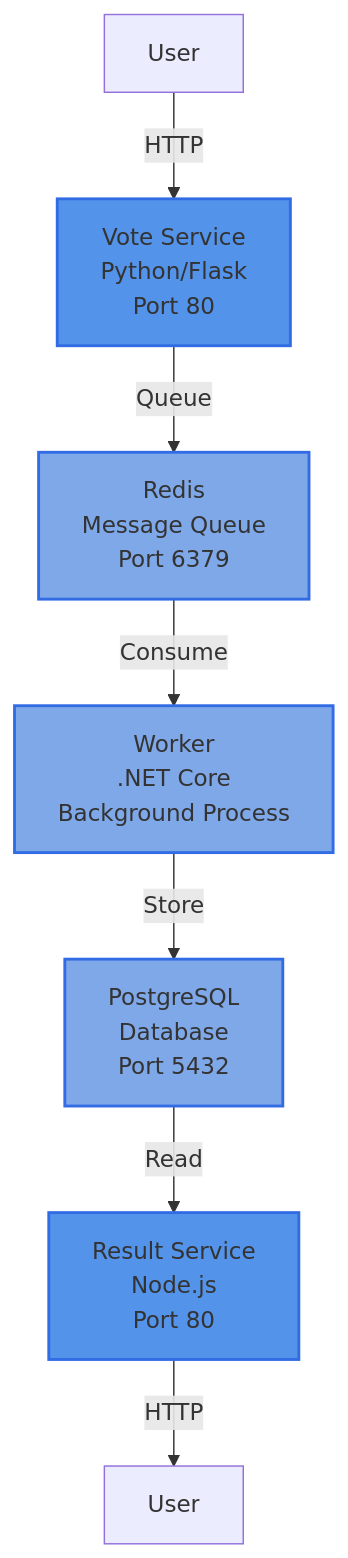
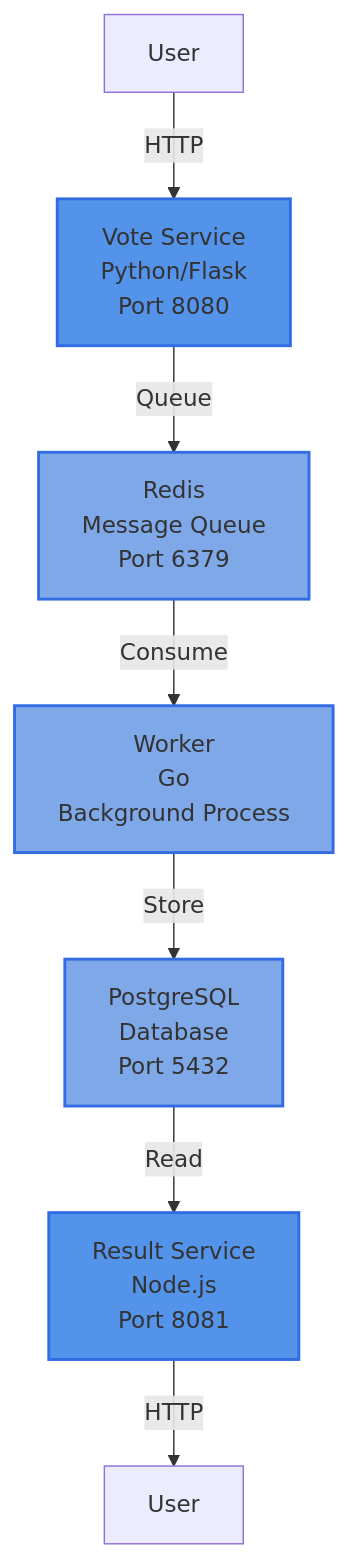
One commit to schoolofdevops/kubernetes-intermediate changed the first of 2 diagrams in docs/section-0/02-reading.md. Above: the diagram before and after it, drawn with Mermaid. The commit also changed other lines of this file and 7 other files, not shown here.

````diff
--- a/docs/section-0/02-reading.md
+++ b/docs/section-0/02-reading.md
@@ -17,16 +17,16 @@
 ```mermaid
 graph TB
-    User1[User] -->|HTTP| Vote[Vote Service<br/>Python/Flask<br/>Port 80]
+    User1[User] -->|HTTP| Vote[Vote Service<br/>Python/Flask<br/>Port 8080]
     Vote -->|Queue| Redis[Redis<br/>Message Queue<br/>Port 6379]
-    Redis -->|Consume| Worker[Worker<br/>.NET Core<br/>Background Process]
+    Redis -->|Consume| Worker[Worker<br/>Go<br/>Background Process]
     Worker -->|Store| Postgres[PostgreSQL<br/>Database<br/>Port 5432]
-    Postgres -->|Read| Result[Result Service<br/>Node.js<br/>Port 80]
+    Postgres -->|Read| Result[Result Service<br/>Node.js<br/>Port 8081]
     Result -->|HTTP| User2[User]
 
     classDef k8sBlue fill:#326ce5,stroke:#fff,color:#fff
     classDef frontend fill:#5393ea,stroke:#326ce5,stroke-width:2px
     classDef backend fill:#7fa8e8,stroke:#326ce5,stroke-width:2px
 
     class Vote,Result frontend
     class Redis,Worker,Postgres backend
 ```
````
